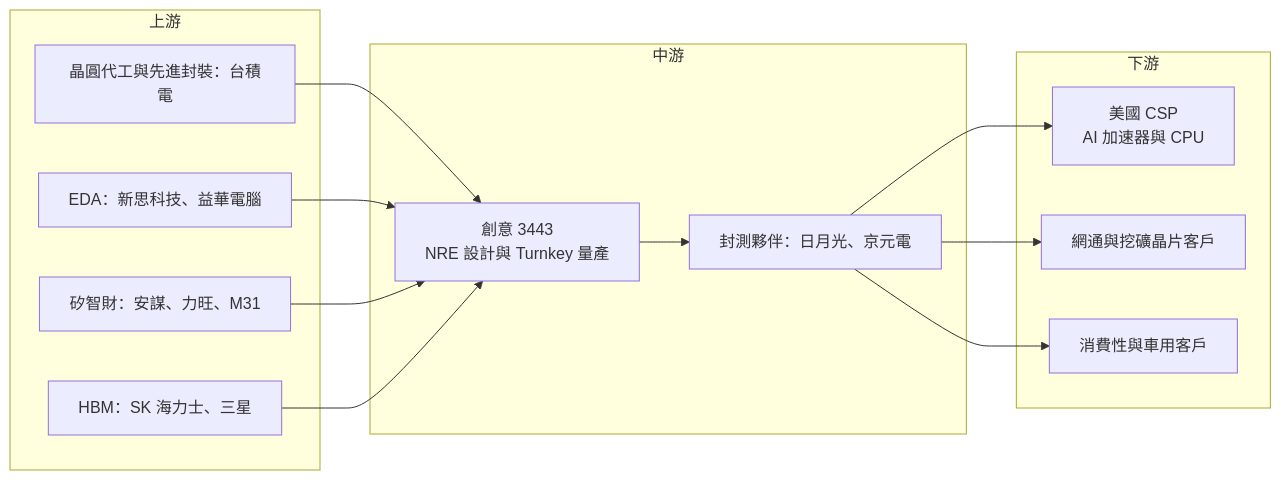
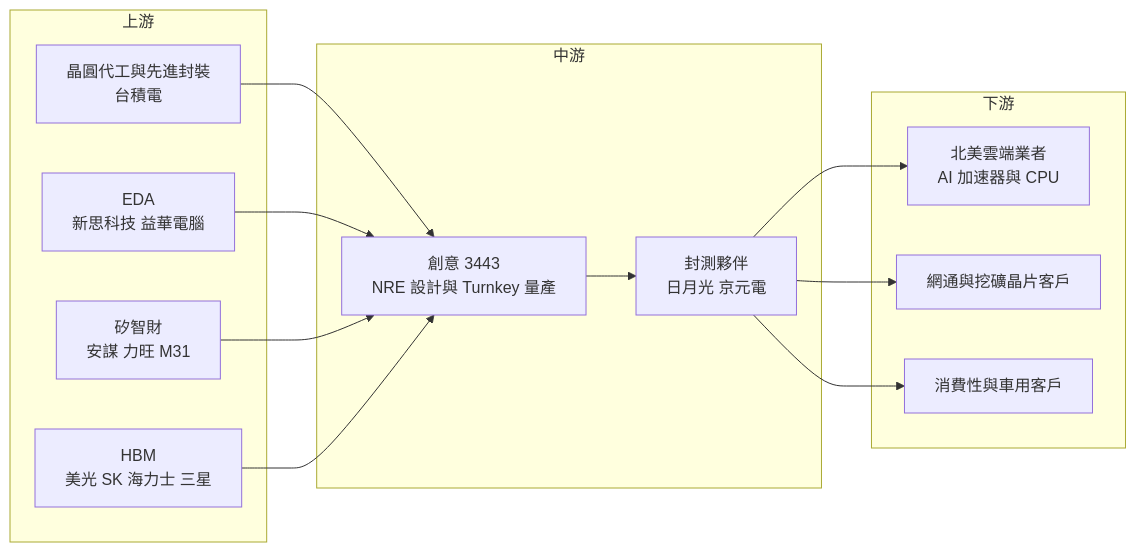
The fourth of 4 diagrams in 個股/台股/3443創意.md (wangnick1004/taiwan-stock-vault), drawn with Mermaid before and after one commit. The commit also changed other lines of this file and 6 other files, not shown here.

````diff
--- a/個股/台股/3443創意.md
+++ b/個股/台股/3443創意.md
@@ -221,26 +234,26 @@
 ```mermaid
 flowchart LR
     subgraph 上游
-        A1[晶圓代工與先進封裝：台積電]
-        A2[EDA：新思科技、益華電腦]
-        A3[矽智財：安謀、力旺、M31]
-        A4[HBM：SK 海力士、三星]
+        A1["晶圓代工與先進封裝<br/>台積電"]
+        A2["EDA<br/>新思科技 益華電腦"]
+        A3["矽智財<br/>安謀 力旺 M31"]
+        A4["HBM<br/>美光 SK 海力士 三星"]
     end
     subgraph 中游
-        B[創意 3443<br/>NRE 設計與 Turnkey 量產]
-        B2[封測夥伴：日月光、京元電]
+        B["創意 3443<br/>NRE 設計與 Turnkey 量產"]
+        B2["封測夥伴<br/>日月光 京元電"]
     end
     subgraph 下游
-        C1[美國 CSP<br/>AI 加速器與 CPU]
+        C1["北美雲端業者<br/>AI 加速器與 CPU"]
         C2[網通與挖礦晶片客戶]
         C3[消費性與車用客戶]
     end
     A1 --> B
     A2 --> B
     A3 --> B
     A4 --> B
     B --> B2
     B2 --> C1
     B2 --> C2
     B2 --> C3
 ```
````
